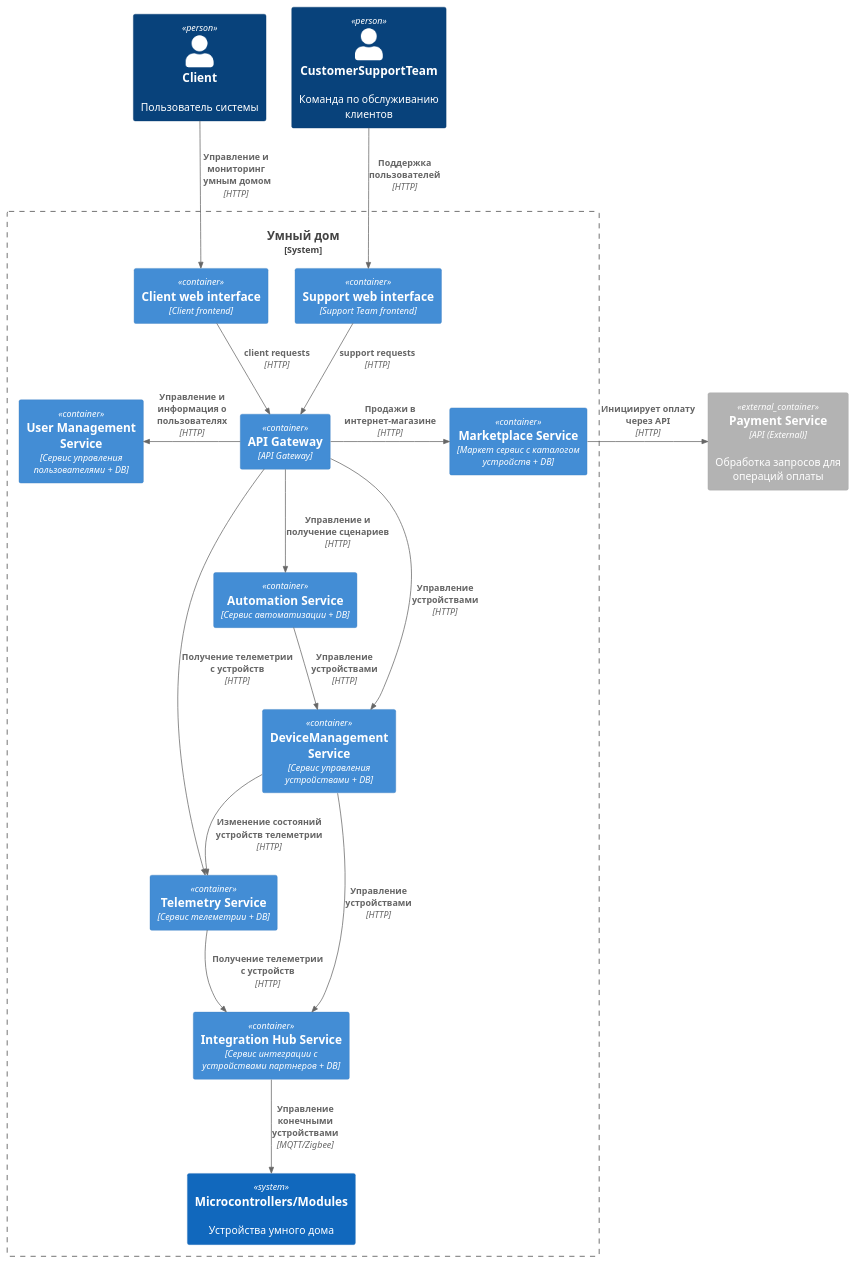
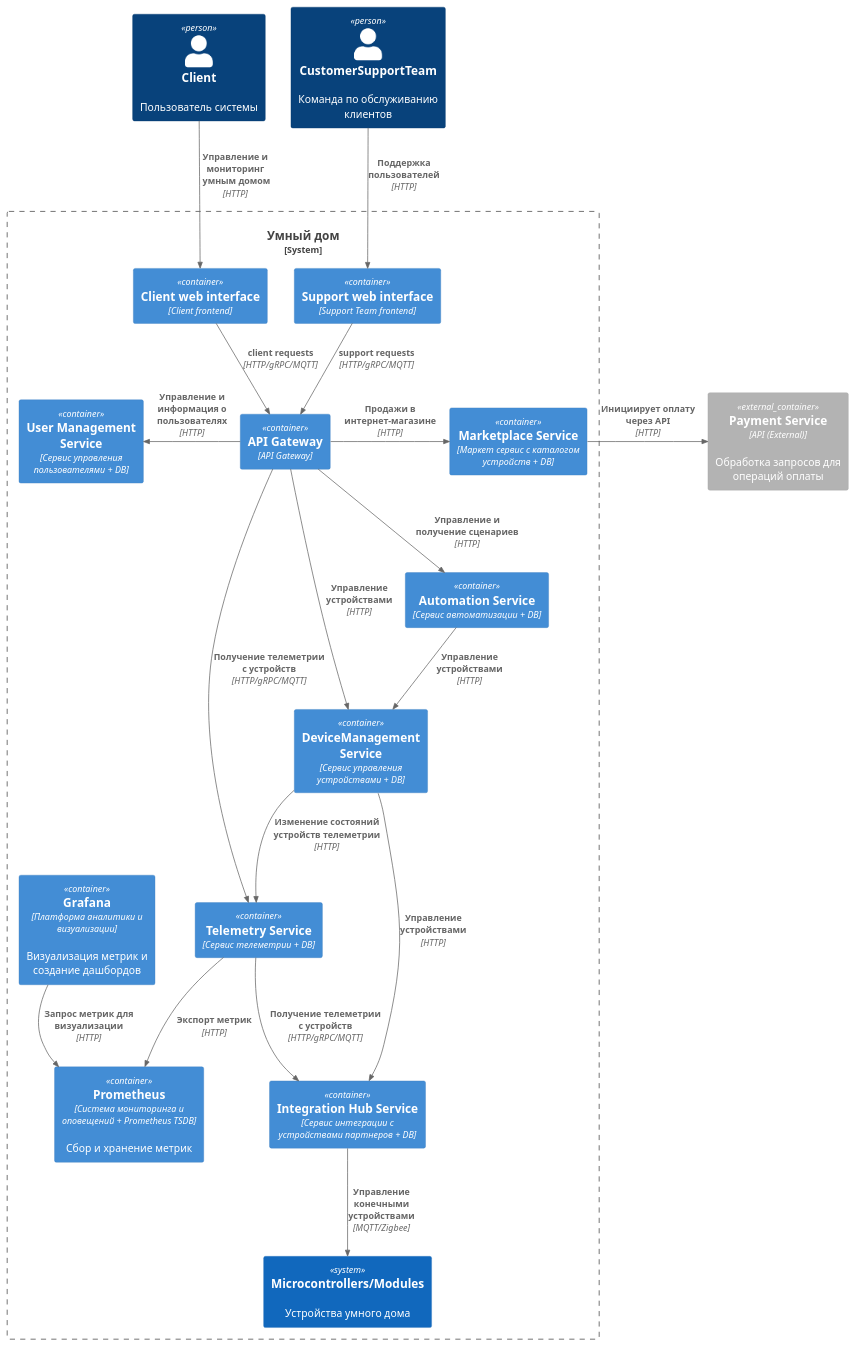
Before and after one commit to ayakhont/architecture-warmhouse: the diagram in docs/containers_C4.puml, drawn with PlantUML. The commit also changed 4 other files, not shown here.

```diff
--- a/docs/containers_C4.puml
+++ b/docs/containers_C4.puml
@@ -1,40 +1,42 @@
 @startuml
 
 !include <C4/C4_Container>
 
 Person(client, "Client", "Пользователь системы")
 Person(customerSupportTeam, "CustomerSupportTeam", "Команда по обслуживанию клиентов")
 System_Boundary(platform, "Умный дом") {
     Container(clientFrontend, "Client web interface", "Client frontend")
     Container(supportFrontend, "Support web interface", "Support Team frontend")
     Container(apiGateway, "API Gateway", "API Gateway")
     Container(userManagement, "User Management Service", "Сервис управления пользователями + DB")
     Container(telemetry, "Telemetry Service", "Сервис телеметрии + DB")
+    Container(prometheus, "Prometheus", "Система мониторинга и оповещений + Prometheus TSDB", "Сбор и хранение метрик")
+    Container(grafana, "Grafana", "Платформа аналитики и визуализации", "Визуализация метрик и создание дашбордов")
     Container(automation, "Automation Service", "Сервис автоматизации + DB")
     Container(deviceManagementService, "DeviceManagement Service", "Сервис управления устройствами + DB")
     Container(marketplace, "Marketplace Service", "Маркет сервис с каталогом устройств + DB")
     Container(integrationHub, "Integration Hub Service", "Сервис интеграции с устройствами партнеров + DB")
     System(microcontrollers, "Microcontrollers/Modules", "Устройства умного дома")
 }
 Container_Ext(paymentService, "Payment Service", "API (External)", "Обработка запросов для операций оплаты")
 
 Rel(client, clientFrontend, "Управление и мониторинг\n умным домом", "HTTP")
 Rel(customerSupportTeam, supportFrontend, "Поддержка пользователей", "HTTP")
-Rel(clientFrontend, apiGateway, "client requests", "HTTP")
-Rel(supportFrontend, apiGateway, "support requests", "HTTP")
+Rel(clientFrontend, apiGateway, "client requests", "HTTP/gRPC/MQTT")
+Rel(supportFrontend, apiGateway, "support requests", "HTTP/gRPC/MQTT")
 Rel(apiGateway, deviceManagementService, "Управление устройствами", "HTTP")
 Rel(apiGateway, automation, "Управление и получение сценариев", "HTTP")
 Rel(automation, deviceManagementService, "Управление устройствами", "HTTP")
 Rel_R(apiGateway, marketplace, "Продажи в интернет-магазине", "HTTP")
 Rel_L(apiGateway, userManagement, "Управление и информация о пользователях" ,"HTTP")
 Rel(deviceManagementService, integrationHub, "Управление устройствами", "HTTP")
 Rel(integrationHub, microcontrollers, "Управление конечными устройствами", "MQTT/Zigbee")
-Rel(telemetry, integrationHub, "Получение телеметрии с устройств", "HTTP")
+Rel(telemetry, integrationHub, "Получение телеметрии с устройств", "HTTP/gRPC/MQTT")
 Rel(deviceManagementService, telemetry, "Изменение состояний устройств телеметрии", "HTTP")
-Rel(apiGateway, telemetry, "Получение телеметрии с устройств", "HTTP")
+Rel(apiGateway, telemetry, "Получение телеметрии с устройств", "HTTP/gRPC/MQTT")
 Rel_R(marketplace, paymentService, "Инициирует оплату через API", "HTTP")
-
-
+Rel(telemetry, prometheus, "Экспорт метрик", "HTTP")
+Rel(grafana, prometheus, "Запрос метрик для визуализации", "HTTP")
 
 
 @enduml
```
